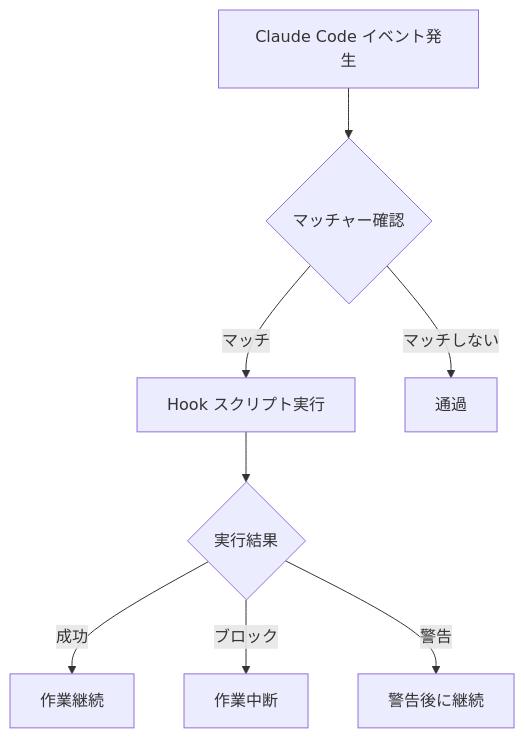
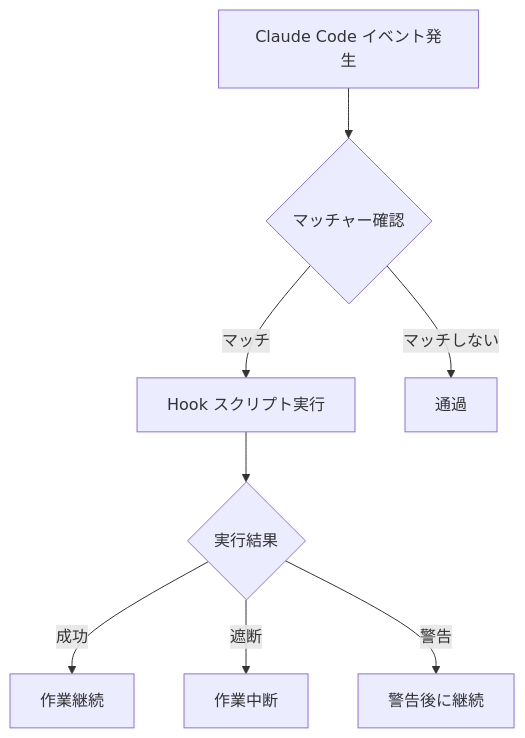
Before and after one commit to modu-ai/moai-adk: the first of 2 diagrams in docs-site/content/ja/advanced/hooks-guide.md, drawn with Mermaid. The commit also changed other lines of this file and 180 other files, not shown here.

````diff
--- a/docs-site/content/ja/advanced/hooks-guide.md
+++ b/docs-site/content/ja/advanced/hooks-guide.md
@@ -19,12 +19,12 @@
 ```mermaid
 flowchart TD
     EVENT["Claude Code イベント発生"] --> MATCH{マッチャー確認}
 
     MATCH -->|マッチ| HOOK["Hook スクリプト実行"]
     MATCH -->|マッチしない| SKIP["通過"]
 
     HOOK --> RESULT{実行結果}
     RESULT -->|成功| CONTINUE["作業継続"]
-    RESULT -->|ブロック| BLOCK["作業中断"]
+    RESULT -->|遮断| BLOCK["作業中断"]
     RESULT -->|警告| WARN["警告後に継続"]
 ```
````
